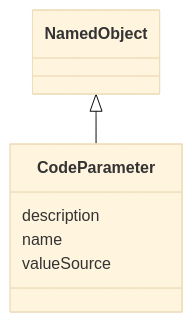
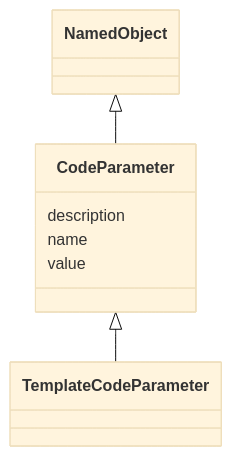
Before and after one commit to cdisc-org/analysis-results-standard: the diagram in project/docs/CodeParameter.md, drawn with Mermaid (base theme). The commit also changed other lines of this file and 303 other files, not shown here.

````diff
--- a/project/docs/CodeParameter.md
+++ b/project/docs/CodeParameter.md
@@ -9,13 +14,17 @@
 ```mermaid
  classDiagram
     class CodeParameter
       NamedObject <|-- CodeParameter
       
+
+      CodeParameter <|-- TemplateCodeParameter
+      
+      
       CodeParameter : description
         
       CodeParameter : name
         
-      CodeParameter : valueSource
+      CodeParameter : value
         
       
 ```
````
